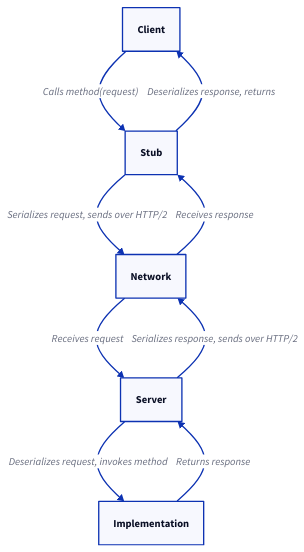
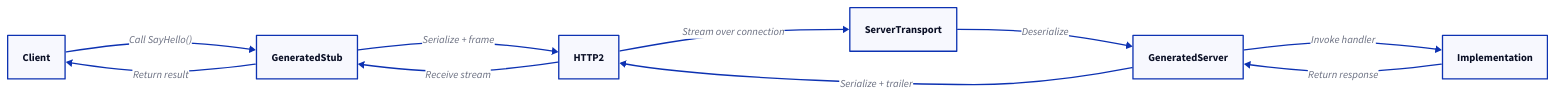
One commit to sudorandom/kmcd.dev changed the diagram in content/posts/2025/grpc/index.md. Above: the diagram before and after it, drawn with D2. The commit also changed other lines of this file and 21 other files, not shown here.

````diff
--- a/content/posts/2025/grpc/index.md
+++ b/content/posts/2025/grpc/index.md
@@ -24,12 +60,13 @@
 ```d2
-# Basic gRPC RPC Flow
-direction: down
-Client -> Stub: Calls method(request)
-Stub -> Network: Serializes request, sends over HTTP/2
-Network -> Server: Receives request
-Server -> Implementation: Deserializes request, invokes method
-Implementation -> Server: Returns response
-Server -> Network: Serializes response, sends over HTTP/2
-Network -> Stub: Receives response
-Stub -> Client: Deserializes response, returns
+direction: right
+
+Client -> GeneratedStub: Call SayHello()
+GeneratedStub -> HTTP2: Serialize + frame
+HTTP2 -> ServerTransport: Stream over connection
+ServerTransport -> GeneratedServer: Deserialize
+GeneratedServer -> Implementation: Invoke handler
+Implementation -> GeneratedServer: Return response
+GeneratedServer -> HTTP2: Serialize + trailer
+HTTP2 -> GeneratedStub: Receive stream
+GeneratedStub -> Client: Return result
 ```
````
